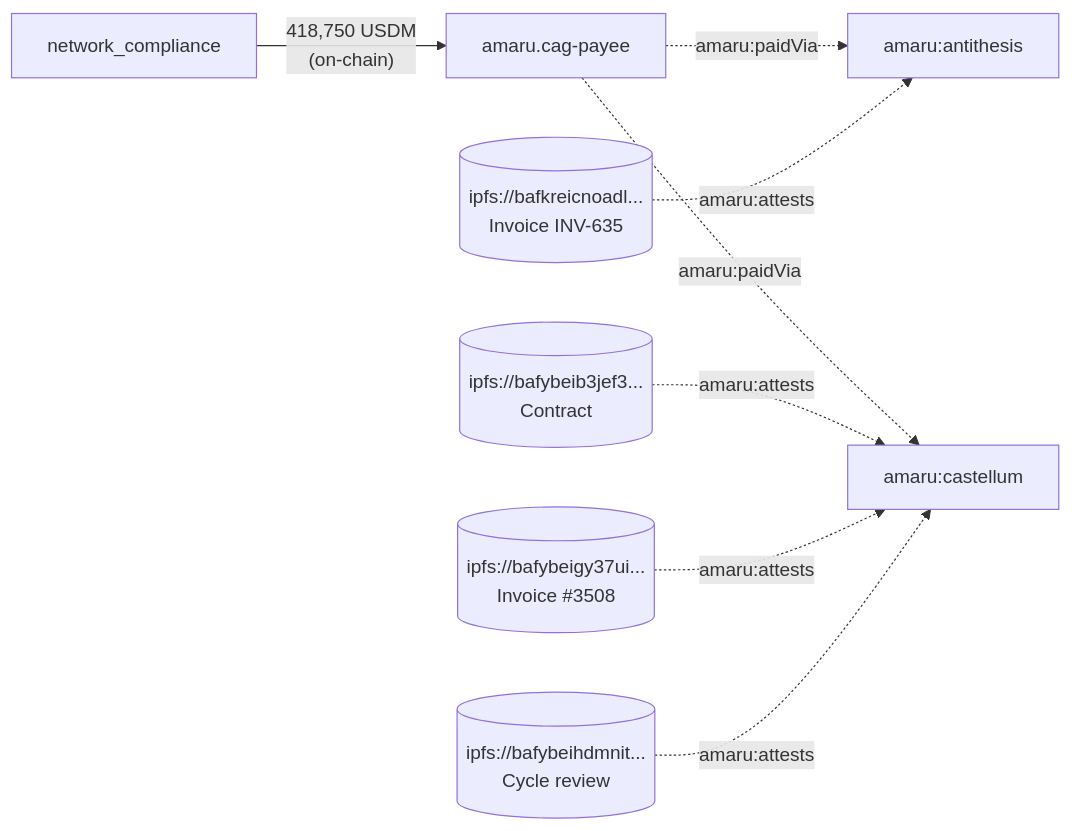
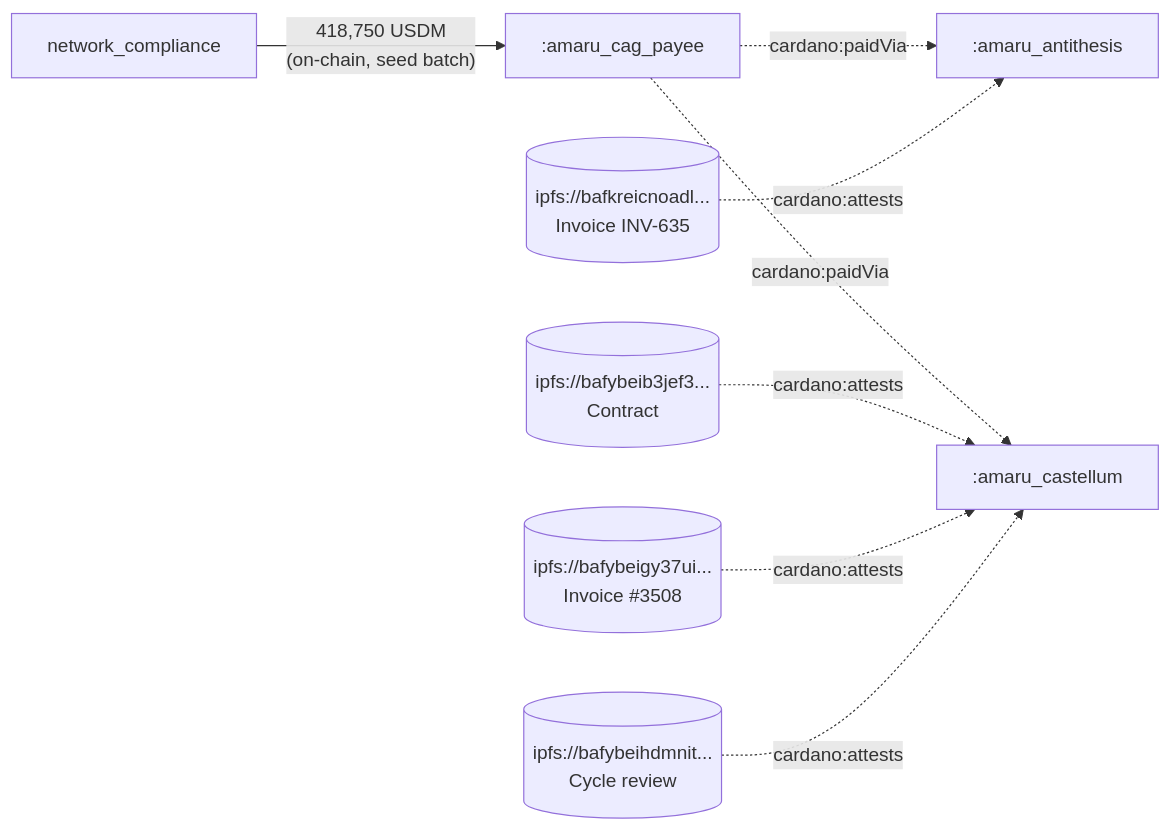
One commit to lambdasistemi/cardano-ledger-rdf changed the diagram in docs/case-studies/2026-05-amaru-treasury/queries/q5-vendor-payment-chain.md. Above: the diagram before and after it, drawn with Mermaid. The commit also changed other lines of this file and 22 other files, not shown here.

````diff
--- a/docs/case-studies/2026-05-amaru-treasury/queries/q5-vendor-payment-chain.md
+++ b/docs/case-studies/2026-05-amaru-treasury/queries/q5-vendor-payment-chain.md
@@ -38,10 +87,10 @@
 ```mermaid
 flowchart LR
-  netcomp["network_compliance"] -->|"418,750 USDM<br/>(on-chain)"| cag["amaru.cag-payee"]
-  cag -.->|amaru:paidVia| ant["amaru:antithesis"]
-  cag -.->|amaru:paidVia| cast["amaru:castellum"]
-  i1[("ipfs://bafkreicnoadl...<br/>Invoice INV-635")] -.->|amaru:attests| ant
-  i2[("ipfs://bafybeib3jef3...<br/>Contract")] -.->|amaru:attests| cast
-  i3[("ipfs://bafybeigy37ui...<br/>Invoice #3508")] -.->|amaru:attests| cast
-  i4[("ipfs://bafybeihdmnit...<br/>Cycle review")] -.->|amaru:attests| cast
+  netcomp["network_compliance"] -->|"418,750 USDM<br/>(on-chain, seed batch)"| cag[":amaru_cag_payee"]
+  cag -.->|cardano:paidVia| ant[":amaru_antithesis"]
+  cag -.->|cardano:paidVia| cast[":amaru_castellum"]
+  i1[("ipfs://bafkreicnoadl...<br/>Invoice INV-635")] -.->|cardano:attests| ant
+  i2[("ipfs://bafybeib3jef3...<br/>Contract")] -.->|cardano:attests| cast
+  i3[("ipfs://bafybeigy37ui...<br/>Invoice #3508")] -.->|cardano:attests| cast
+  i4[("ipfs://bafybeihdmnit...<br/>Cycle review")] -.->|cardano:attests| cast
 ```
````
